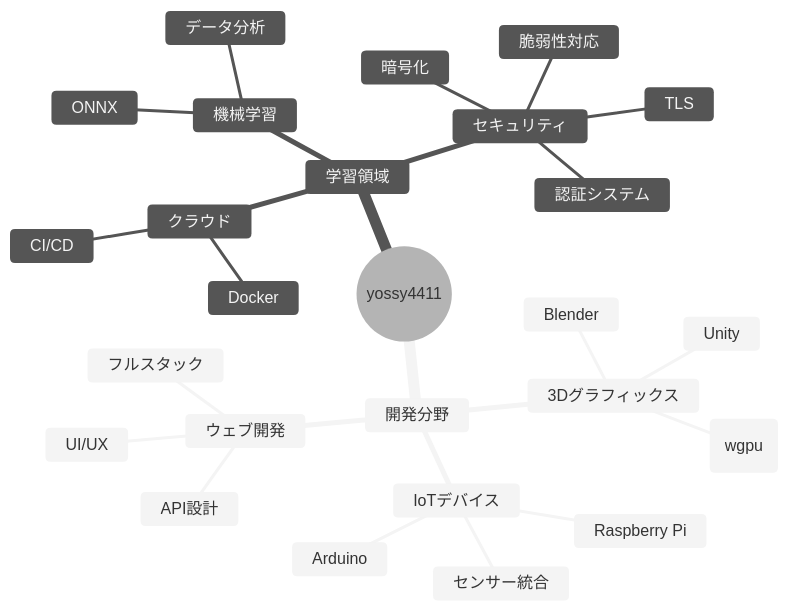
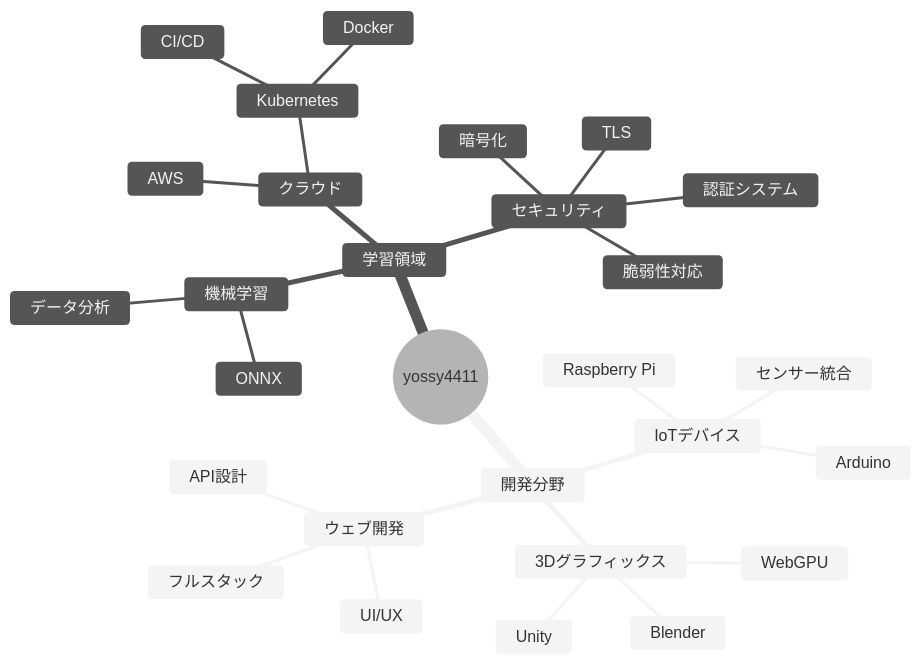
One commit to yossy4411/yossy4411 changed the diagram in README.md. Above: the diagram before and after it, drawn with Mermaid (neutral theme). The commit also changed other lines of this file, not shown here.

````diff
--- a/README.md
+++ b/README.md
@@ -89,29 +89,31 @@
 ```mermaid
 mindmap
   root((yossy4411))
     開発分野
       IoTデバイス
         Raspberry Pi
         Arduino
         センサー統合
       3Dグラフィックス
         Unity
         Blender
-        WebGPU (wgpu)
+        WebGPU
       ウェブ開発
         フルスタック
         API設計
         UI/UX
     学習領域
       機械学習
         ONNX
         データ分析
       クラウド
-        Docker
-        CI/CD
+        AWS
+        Kubernetes
+          Docker
+          CI/CD
       セキュリティ
         暗号化
         TLS
         認証システム
         脆弱性対応
 ```
````
